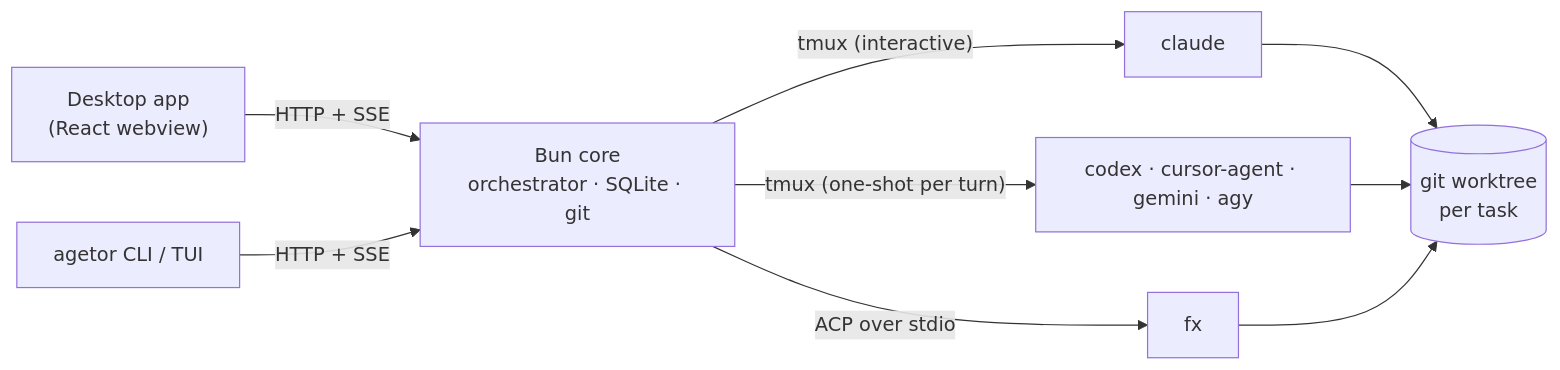
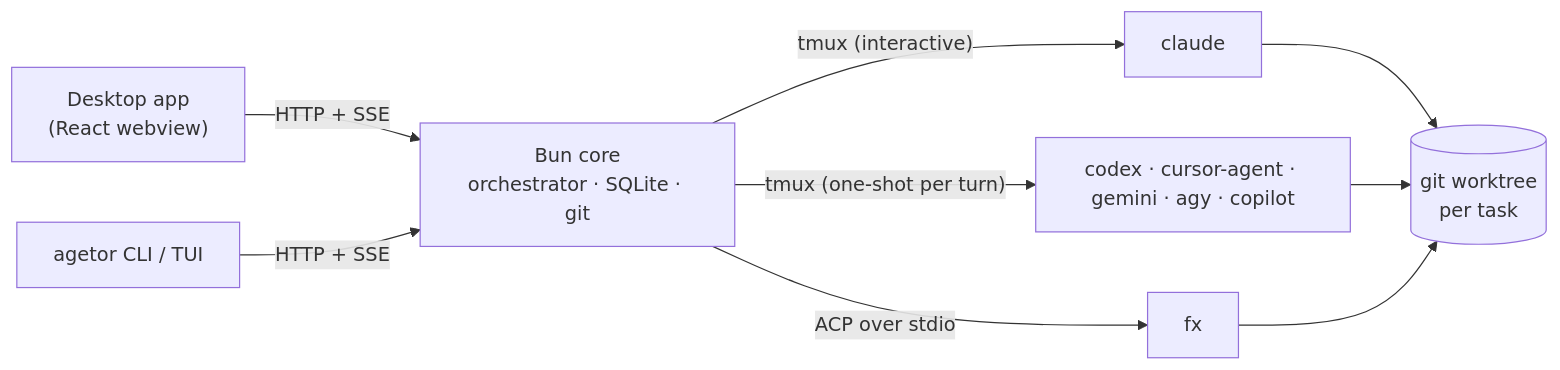
Before and after one commit to alamops/agetor: the second of 2 diagrams in README.md, drawn with Mermaid. The commit also changed other lines of this file and 7 other files, not shown here.

````diff
--- a/README.md
+++ b/README.md
@@ -258,12 +272,12 @@
 ```mermaid
 flowchart LR
     UI["Desktop app<br/>(React webview)"] -- "HTTP + SSE" --> Core
     CLI["agetor CLI / TUI"] -- "HTTP + SSE" --> Core
     Core["Bun core<br/>orchestrator · SQLite · git"]
     Core -- "tmux (interactive)" --> Claude["claude"]
-    Core -- "tmux (one-shot per turn)" --> OneShot["codex · cursor-agent · gemini · agy"]
+    Core -- "tmux (one-shot per turn)" --> OneShot["codex · cursor-agent · gemini · agy · copilot"]
     Core -- "ACP over stdio" --> FX["fx"]
     Claude --> WT[("git worktree<br/>per task")]
     OneShot --> WT
     FX --> WT
 ```
````
